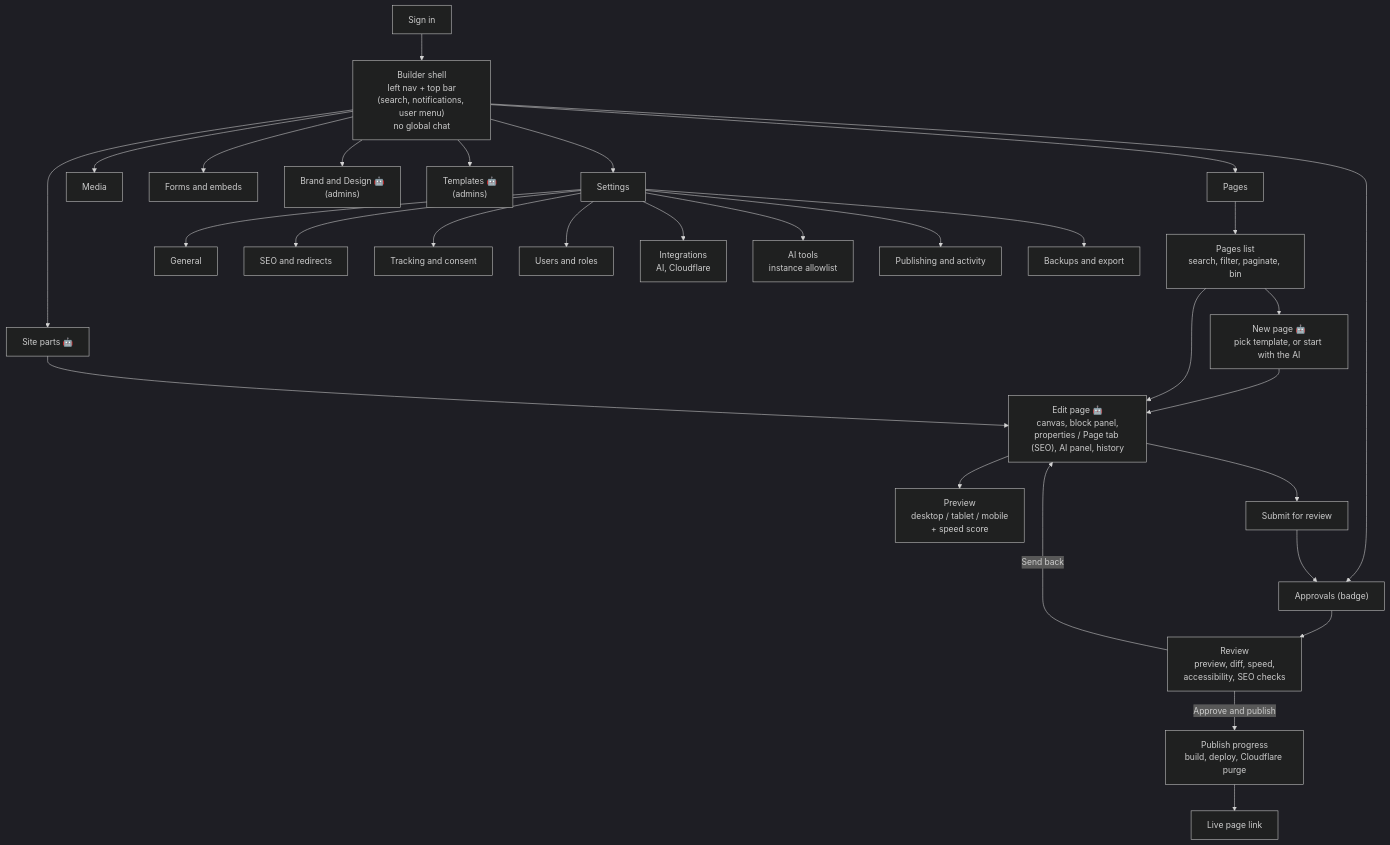
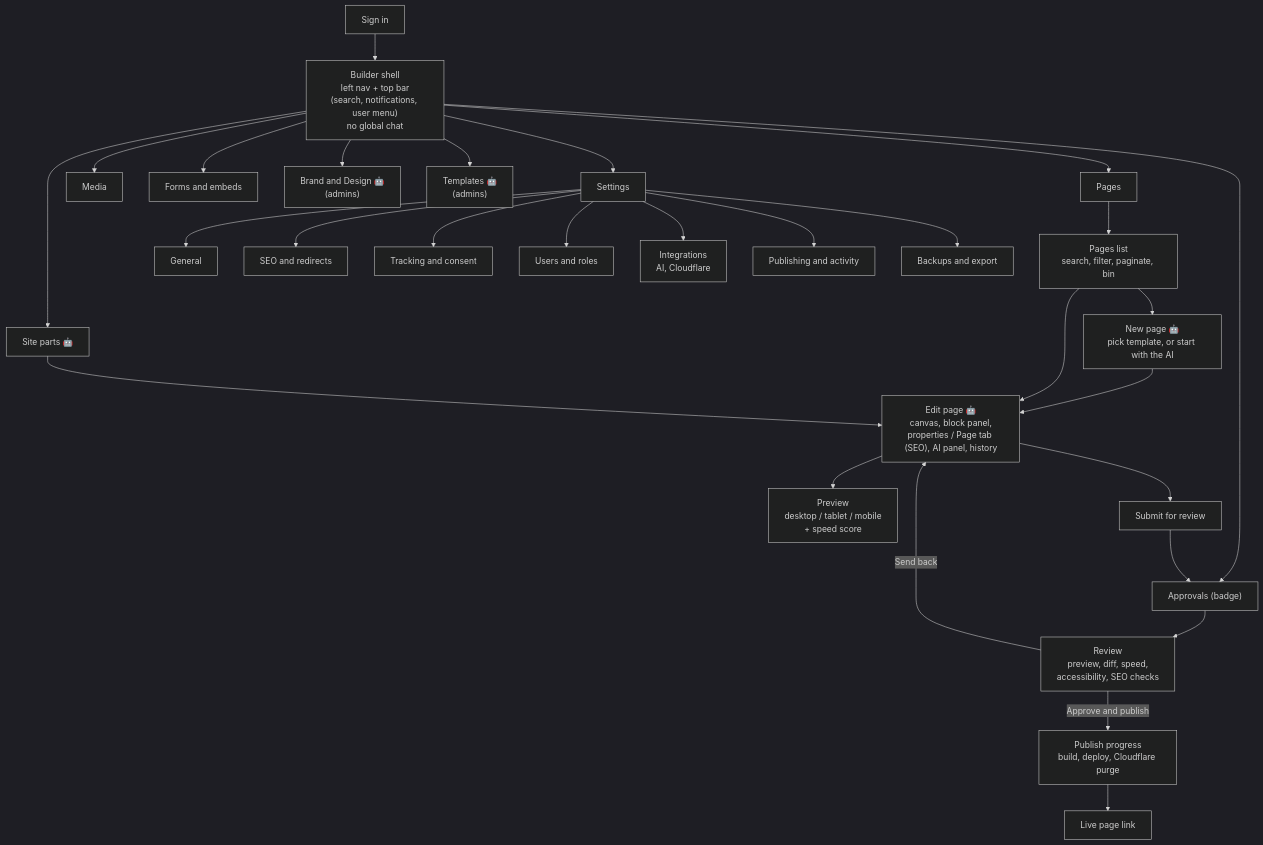
The first of 2 diagrams in docs/04-gui.md (unkn0wn1/sitebuilder), drawn with Mermaid (dark theme) before and after one commit. The commit also changed other lines of this file and 3 other files, not shown here.

Commit message:
Docs: task-scoped AI tools replace per-instance allowlist

````diff
--- a/docs/04-gui.md
+++ b/docs/04-gui.md
@@ -11,34 +11,33 @@
 ```mermaid
 flowchart TD
   Login["Sign in"] --> Shell["Builder shell<br/>left nav + top bar<br/>(search, notifications, user menu)<br/>no global chat"]
   Shell --> Pages["Pages"]
   Shell --> Parts["Site parts 🤖"]
   Shell --> Media["Media"]
   Shell --> Forms["Forms and embeds"]
   Shell --> Approvals["Approvals (badge)"]
   Shell --> Brand["Brand and Design 🤖<br/>(admins)"]
   Shell --> Templates["Templates 🤖<br/>(admins)"]
   Shell --> Settings["Settings"]
 
   Pages --> List["Pages list<br/>search, filter, paginate, bin"]
   List --> NewPage["New page 🤖<br/>pick template, or start with the AI"]
   NewPage --> Editor["Edit page 🤖<br/>canvas, block panel,<br/>properties / Page tab (SEO), AI panel, history"]
   List --> Editor
   Parts --> Editor
   Editor --> Preview["Preview<br/>desktop / tablet / mobile<br/>+ speed score"]
   Editor --> Submit["Submit for review"]
   Submit --> Approvals
   Approvals --> Review["Review<br/>preview, diff, speed,<br/>accessibility, SEO checks"]
   Review -->|Approve and publish| Publish["Publish progress<br/>build, deploy, Cloudflare purge"]
   Review -->|Send back| Editor
   Publish --> Live["Live page link"]
 
   Settings --> SGeneral["General"]
   Settings --> SSEO["SEO and redirects"]
   Settings --> STracking["Tracking and consent"]
   Settings --> SUsers["Users and roles"]
   Settings --> SInteg["Integrations<br/>AI, Cloudflare"]
-  Settings --> SAITools["AI tools<br/>instance allowlist"]
   Settings --> SPub["Publishing and activity"]
   Settings --> SBackups["Backups and export"]
 ```
````
